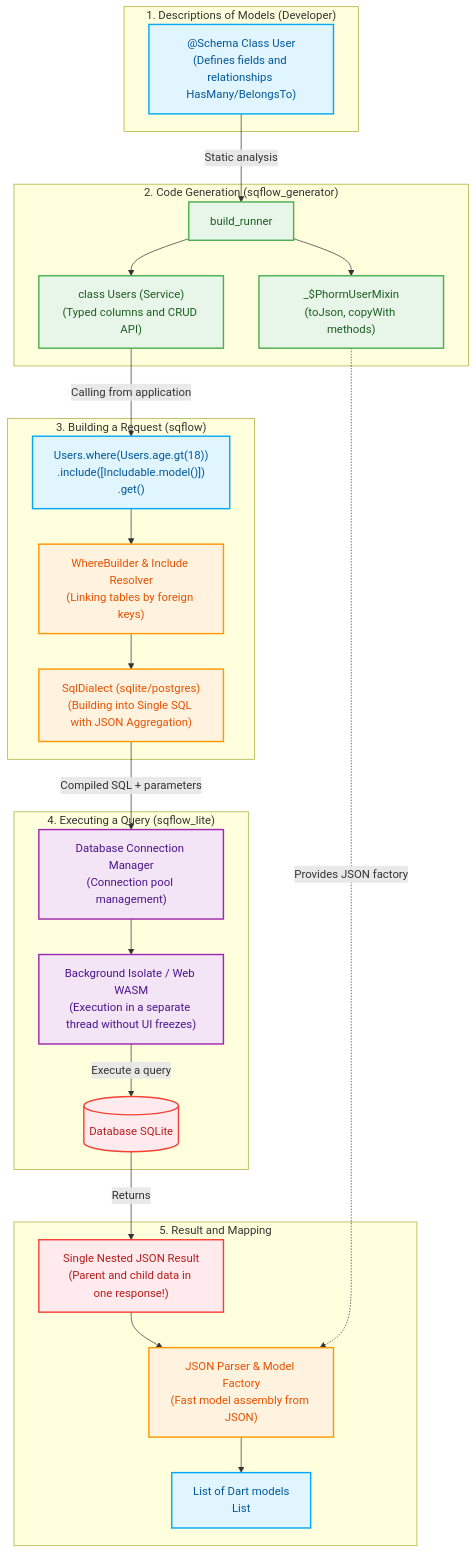
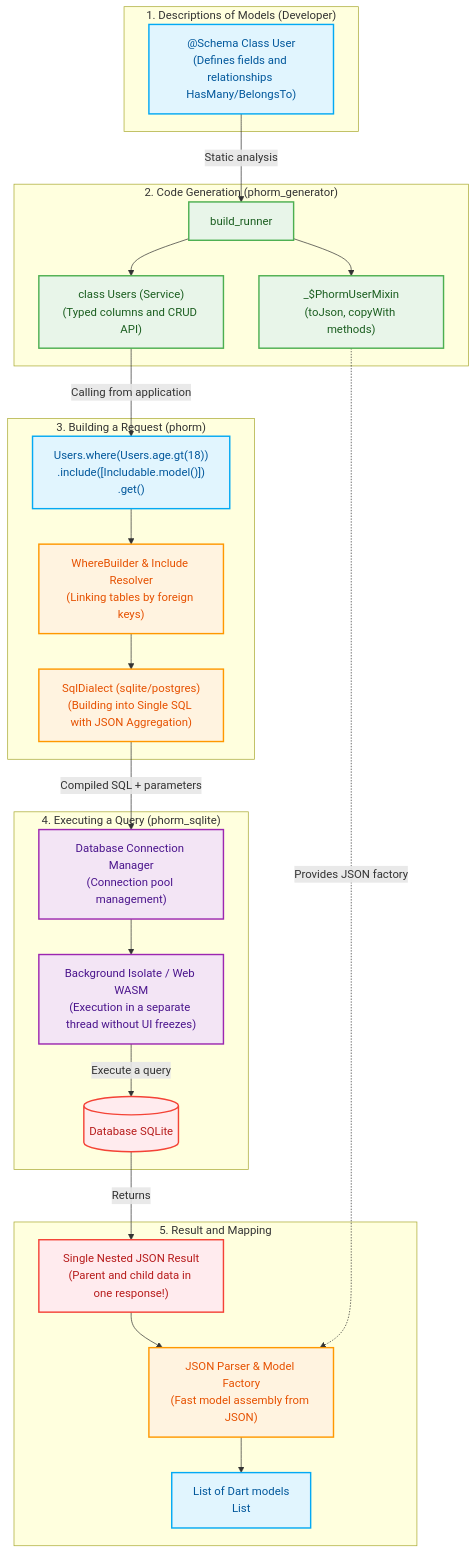
One commit to interdev7/phorm changed the diagram in docs/01-overview.md. Above: the diagram before and after it, drawn with Mermaid. The commit also changed other lines of this file and 52 other files, not shown here.

Commit message:
refactor: rename project from Sqflow to Phorm across codebase, documentation, and metadata

````diff
--- a/docs/01-overview.md
+++ b/docs/01-overview.md
@@ -38,54 +38,54 @@
 ```mermaid
 graph TD
     %% Styles and colors
     classDef dev fill:#e1f5fe,stroke:#03a9f4,stroke-width:2px,color:#01579b;
     classDef gen fill:#e8f5e9,stroke:#4caf50,stroke-width:2px,color:#1b5e20;
     classDef core fill:#fff3e0,stroke:#ff9800,stroke-width:2px,color:#e65100;
     classDef driver fill:#f3e5f5,stroke:#9c27b0,stroke-width:2px,color:#4a148c;
     classDef db fill:#ffebee,stroke:#f44336,stroke-width:2px,color:#b71c1c;
 
     subgraph "1. Descriptions of Models (Developer)"
         Model["@Schema Class User<br/>(Defines fields and relationships HasMany/BelongsTo)"]:::dev
     end
 
-    subgraph "2. Code Generation (sqflow_generator)"
+    subgraph "2. Code Generation (phorm_generator)"
         Generator["build_runner"]:::gen
         Mixin["_$PhormUserMixin<br/>(toJson, copyWith methods)"]:::gen
         Service["class Users (Service)<br/>(Typed columns and CRUD API)"]:::gen
 
         Model -->|Static analysis| Generator
         Generator --> Mixin
         Generator --> Service
     end
 
-    subgraph "3. Building a Request (sqflow)"
+    subgraph "3. Building a Request (phorm)"
         AppCall["Users.where(Users.age.gt(18))<br/>.include([Includable.model<Post>()])<br/>.get()"]:::dev
         QueryBuilder["WhereBuilder & Include Resolver<br/>(Linking tables by foreign keys)"]:::core
         Dialect["SqlDialect (sqlite/postgres)<br/>(Building into Single SQL with JSON Aggregation)"]:::core
 
         Service -->|Calling from application| AppCall
         AppCall --> QueryBuilder
         QueryBuilder --> Dialect
     end
 
-    subgraph "4. Executing a Query (sqflow_lite)"
+    subgraph "4. Executing a Query (phorm_sqlite)"
         Driver["Database Connection Manager<br/>(Connection pool management)"]:::driver
         Isolate["Background Isolate / Web WASM<br/>(Execution in a separate thread without UI freezes)"]:::driver
         SQLite[("Database SQLite")]:::db
 
         Dialect -->|Compiled SQL + parameters| Driver
         Driver --> Isolate
         Isolate -->|Execute a query| SQLite
     end
 
     subgraph "5. Result and Mapping"
         RawResult["Single Nested JSON Result<br/>(Parent and child data in one response!)"]:::db
         Parser["JSON Parser & Model Factory<br/>(Fast model assembly from JSON)"]:::core
         AppModels["List of Dart models<br/>List<User>"]:::dev
 
         SQLite -->|Returns| RawResult
         RawResult --> Parser
         Mixin -.->|Provides JSON factory| Parser
         Parser --> AppModels
     end
 ```
````
